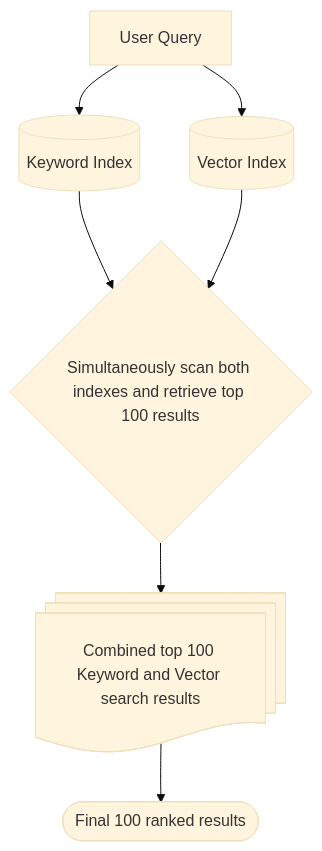
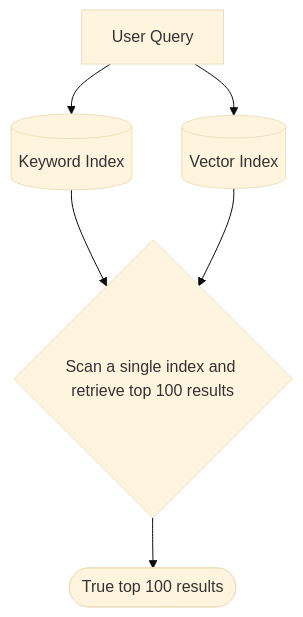
One commit to topk-io/topk changed the second of 2 diagrams in docs/concepts/true-hybrid-search.mdx. Above: the diagram before and after it, drawn with Mermaid (base theme). The commit also changed other lines of this file and 11 other files, not shown here.

````diff
--- a/docs/concepts/true-hybrid-search.mdx
+++ b/docs/concepts/true-hybrid-search.mdx
@@ -38,11 +38,10 @@
 ```mermaid
 flowchart TD
     A[User Query]
     A --> B[(Keyword Index)]
     A --> C[(Vector Index)]
 
-    B --> D{Simultaneously scan both indexes and retrieve top 100 results}
+    B --> D{Scan a single index and retrieve top 100 results}
     C --> D
-    D --> E@{ shape: docs, label: "Combined top 100 Keyword and Vector search results" }
-    E --> F@{ shape: stadium, label: "Final 100 ranked results" }
+    D --> F@{ shape: stadium, label: "True top 100 results" }
 ```
````
